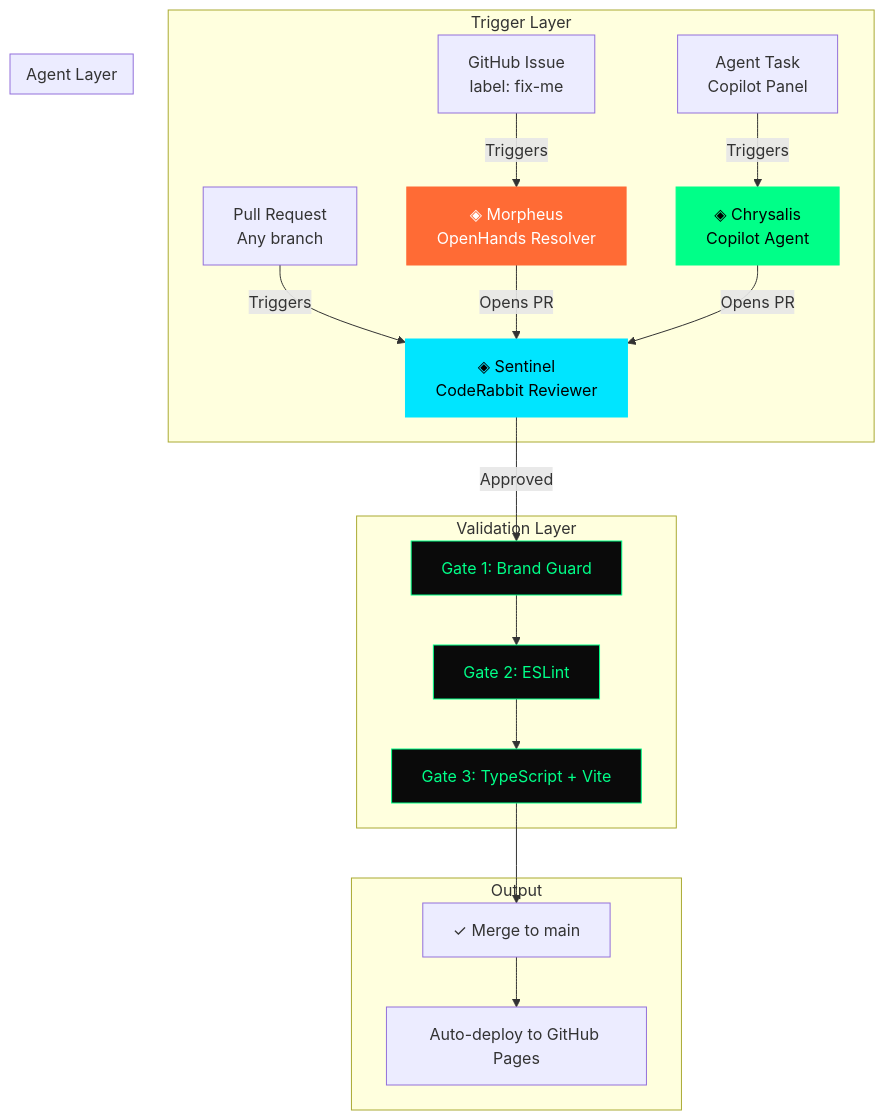
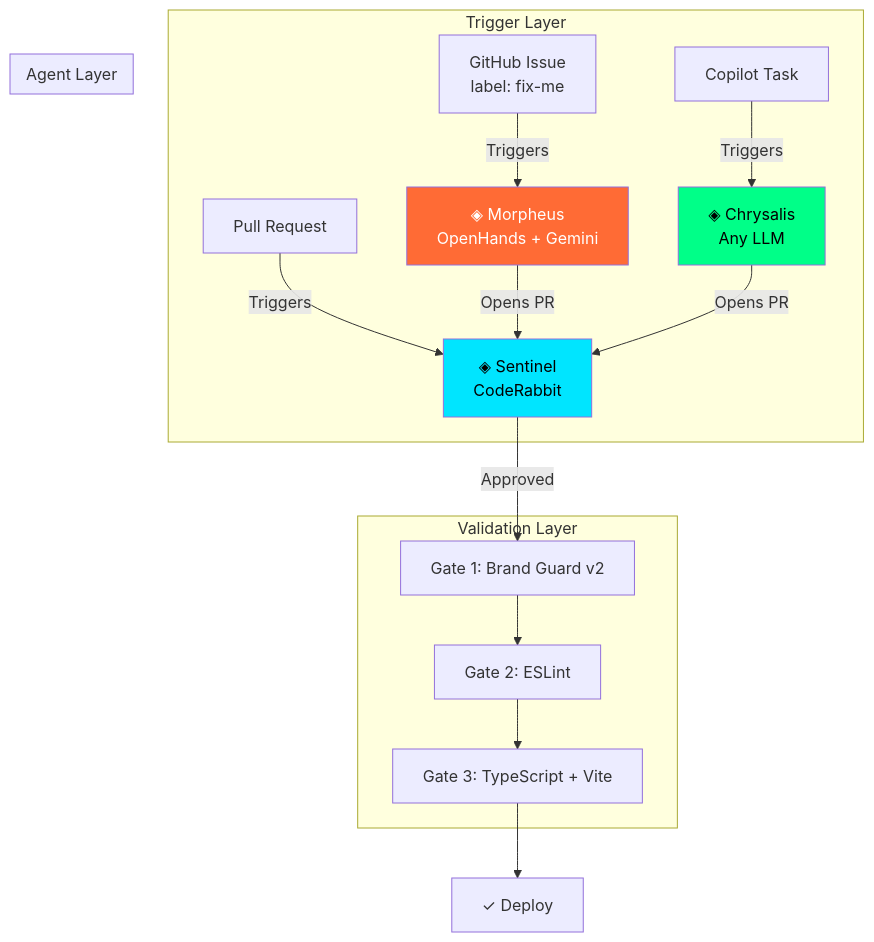
Before and after one commit to Maijied/Lorapok-Labs-Bible: the diagram in .lorapok/README.md, drawn with Mermaid. The commit also changed other lines of this file and 4 other files, not shown here.

First line of the commit message:
feat: Brand Guard v2 with CyberLarva animations + logging system

````diff
--- a/.lorapok/README.md
+++ b/.lorapok/README.md
@@ -89,37 +256,29 @@
 ```mermaid
 graph TD
     subgraph "Trigger Layer"
         ISS[GitHub Issue<br/>label: fix-me] -->|Triggers| MORPH
-        TASK[Agent Task<br/>Copilot Panel] -->|Triggers| CHRYS
-        PR[Pull Request<br/>Any branch] -->|Triggers| SENT
+        TASK[Copilot Task] -->|Triggers| CHRYS
+        PR[Pull Request] -->|Triggers| SENT
     end
 
     subgraph "Agent Layer"
-        MORPH[◈ Morpheus<br/>OpenHands Resolver]
-        CHRYS[◈ Chrysalis<br/>Copilot Agent]
-        SENT[◈ Sentinel<br/>CodeRabbit Reviewer]
+        MORPH[◈ Morpheus<br/>OpenHands + Gemini]
+        CHRYS[◈ Chrysalis<br/>Any LLM]
+        SENT[◈ Sentinel<br/>CodeRabbit]
     end
 
     subgraph "Validation Layer"
-        BG[Gate 1: Brand Guard]
+        BG[Gate 1: Brand Guard v2]
         LINT[Gate 2: ESLint]
         BUILD[Gate 3: TypeScript + Vite]
-    end
-
-    subgraph "Output"
-        SHIP[✓ Merge to main]
-        DEPLOY[Auto-deploy to GitHub Pages]
     end
 
     MORPH -->|Opens PR| SENT
     CHRYS -->|Opens PR| SENT
     SENT -->|Approved| BG
-    BG --> LINT --> BUILD --> SHIP --> DEPLOY
+    BG --> LINT --> BUILD --> SHIP[✓ Deploy]
 
-    style MORPH fill:#ff6b35,stroke:#ff6b35,color:#fff
-    style CHRYS fill:#00ff88,stroke:#00ff88,color:#000
-    style SENT fill:#00e5ff,stroke:#00e5ff,color:#000
-    style BG fill:#0a0a0a,stroke:#00ff88,color:#00ff88
-    style LINT fill:#0a0a0a,stroke:#00ff88,color:#00ff88
-    style BUILD fill:#0a0a0a,stroke:#00ff88,color:#00ff88
+    style MORPH fill:#ff6b35,color:#fff
+    style CHRYS fill:#00ff88,color:#000
+    style SENT fill:#00e5ff,color:#000
 ```
````
